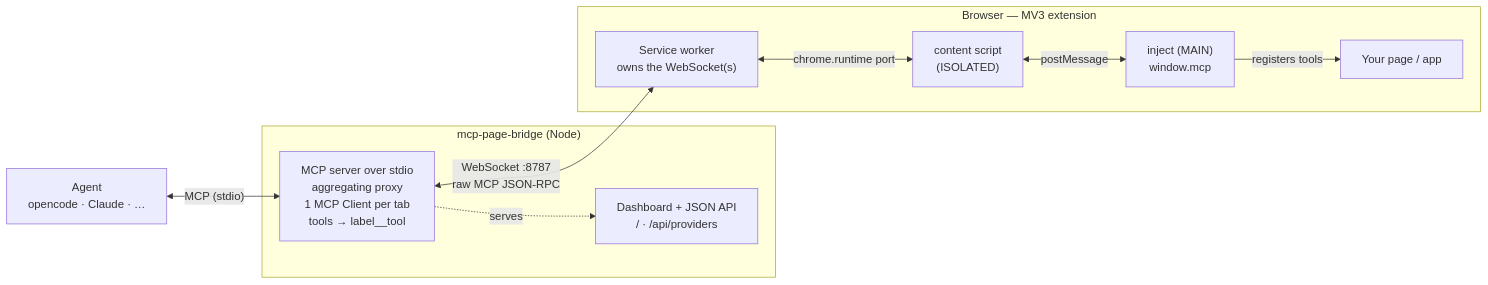
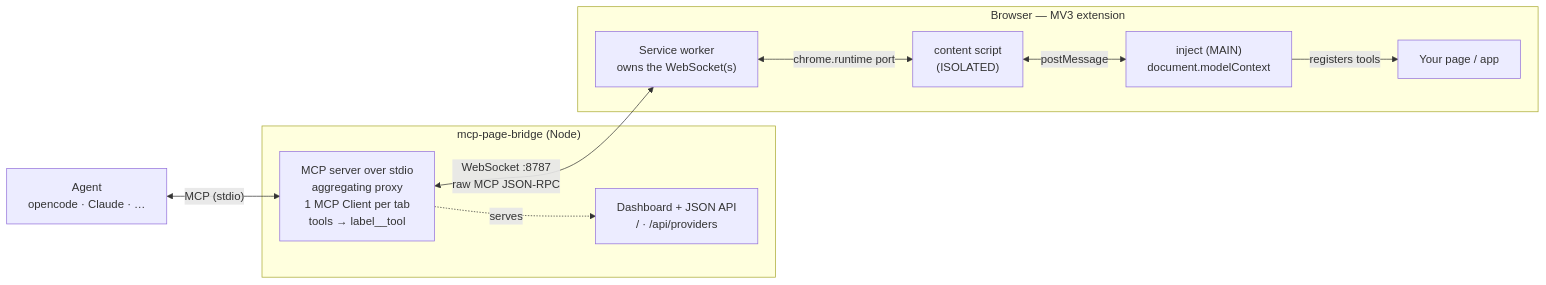
Before and after one commit to rytsh/mcp-page-bridge: the diagram in DETAILS.md, drawn with Mermaid. The commit also changed other lines of this file and 37 other files, not shown here.

````diff
--- a/DETAILS.md
+++ b/DETAILS.md
@@ -20,23 +21,23 @@
 ```mermaid
 flowchart LR
     A["Agent<br/>opencode · Claude · …"]
 
     subgraph bridge["mcp-page-bridge (Node)"]
         B["MCP server over stdio<br/>aggregating proxy<br/>1 MCP Client per tab<br/>tools → label__tool"]
         D["Dashboard + JSON API<br/>/ · /api/providers"]
     end
 
     subgraph ext["Browser — MV3 extension"]
         SW["Service worker<br/>owns the WebSocket(s)"]
         CS["content script<br/>(ISOLATED)"]
-        IN["inject (MAIN)<br/>window.mcp"]
+        IN["inject (MAIN)<br/>document.modelContext"]
         PG["Your page / app"]
     end
 
     A <-->|"MCP (stdio)"| B
     B <-->|"WebSocket :8787<br/>raw MCP JSON-RPC"| SW
     SW <-->|"chrome.runtime port"| CS
     CS <-->|"postMessage"| IN
     IN -->|"registers tools"| PG
     B -.->|serves| D
 ```
````
